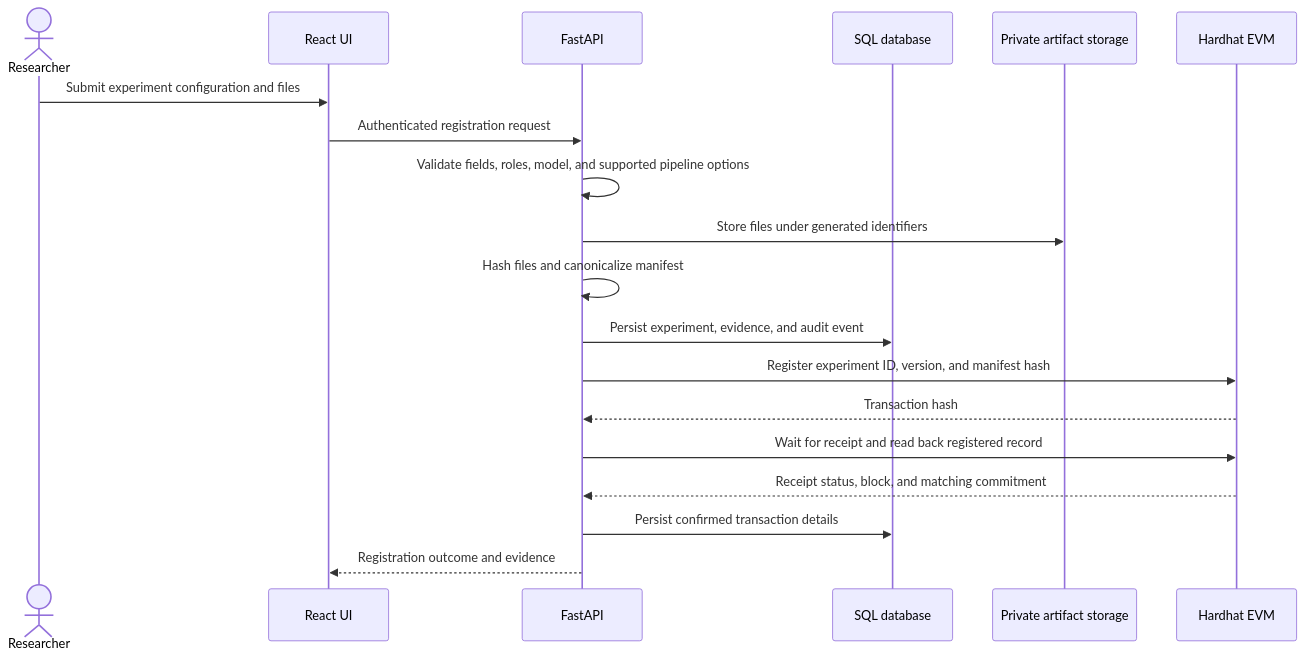
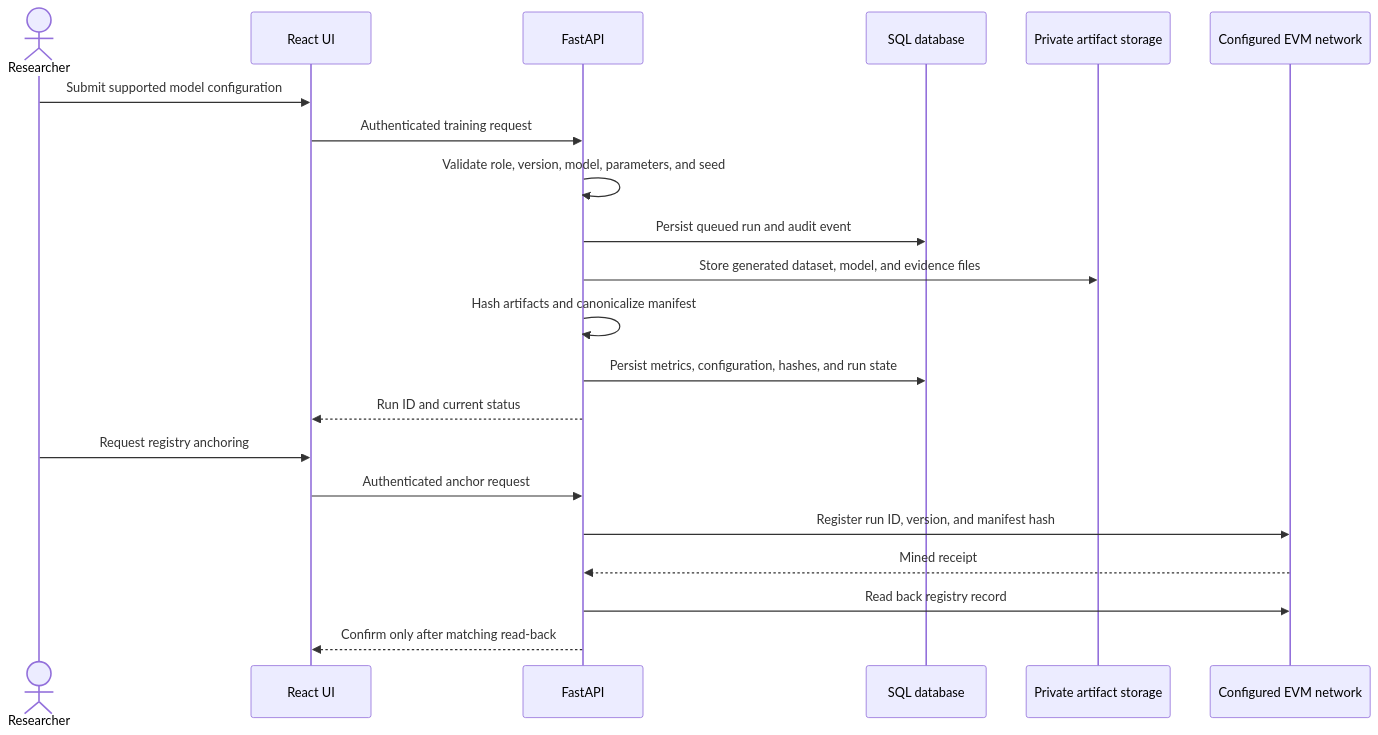
Before and after one commit to PoojithaYarava/ReproducibilityChain: the second of 2 diagrams in docs/architecture.md, drawn with Mermaid. The commit also changed other lines of this file and 12 other files, not shown here.

````diff
--- a/docs/architecture.md
+++ b/docs/architecture.md
@@ -42,22 +43,24 @@
 ```mermaid
 sequenceDiagram
     actor Researcher
     participant UI as React UI
     participant API as FastAPI
     participant DB as SQL database
     participant FS as Private artifact storage
-    participant EVM as Hardhat EVM
+    participant EVM as Configured EVM network
 
-    Researcher->>UI: Submit experiment configuration and files
-    UI->>API: Authenticated registration request
-    API->>API: Validate fields, roles, model, and supported pipeline options
-    API->>FS: Store files under generated identifiers
-    API->>API: Hash files and canonicalize manifest
-    API->>DB: Persist experiment, evidence, and audit event
-    API->>EVM: Register experiment ID, version, and manifest hash
-    EVM-->>API: Transaction hash
-    API->>EVM: Wait for receipt and read back registered record
-    EVM-->>API: Receipt status, block, and matching commitment
-    API->>DB: Persist confirmed transaction details
-    API-->>UI: Registration outcome and evidence
+    Researcher->>UI: Submit supported model configuration
+    UI->>API: Authenticated training request
+    API->>API: Validate role, version, model, parameters, and seed
+    API->>DB: Persist queued run and audit event
+    API->>FS: Store generated dataset, model, and evidence files
+    API->>API: Hash artifacts and canonicalize manifest
+    API->>DB: Persist metrics, configuration, hashes, and run state
+    API-->>UI: Run ID and current status
+    Researcher->>UI: Request registry anchoring
+    UI->>API: Authenticated anchor request
+    API->>EVM: Register run ID, version, and manifest hash
+    EVM-->>API: Mined receipt
+    API->>EVM: Read back registry record
+    API-->>UI: Confirm only after matching read-back
 ```
````
